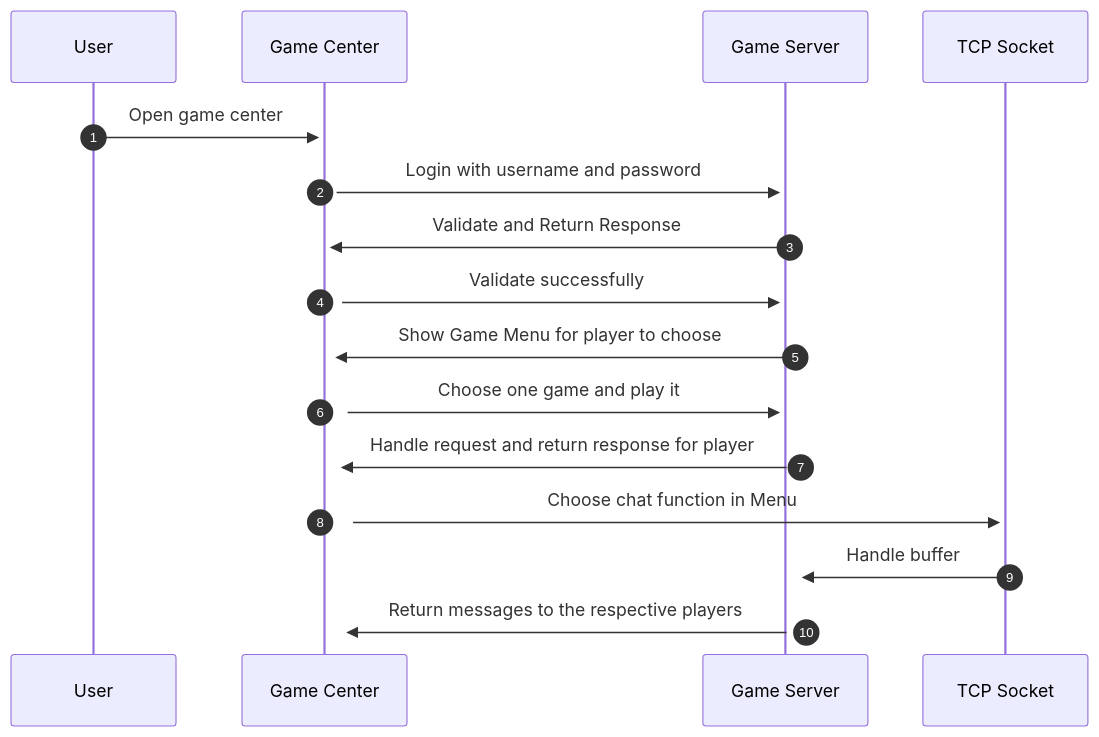
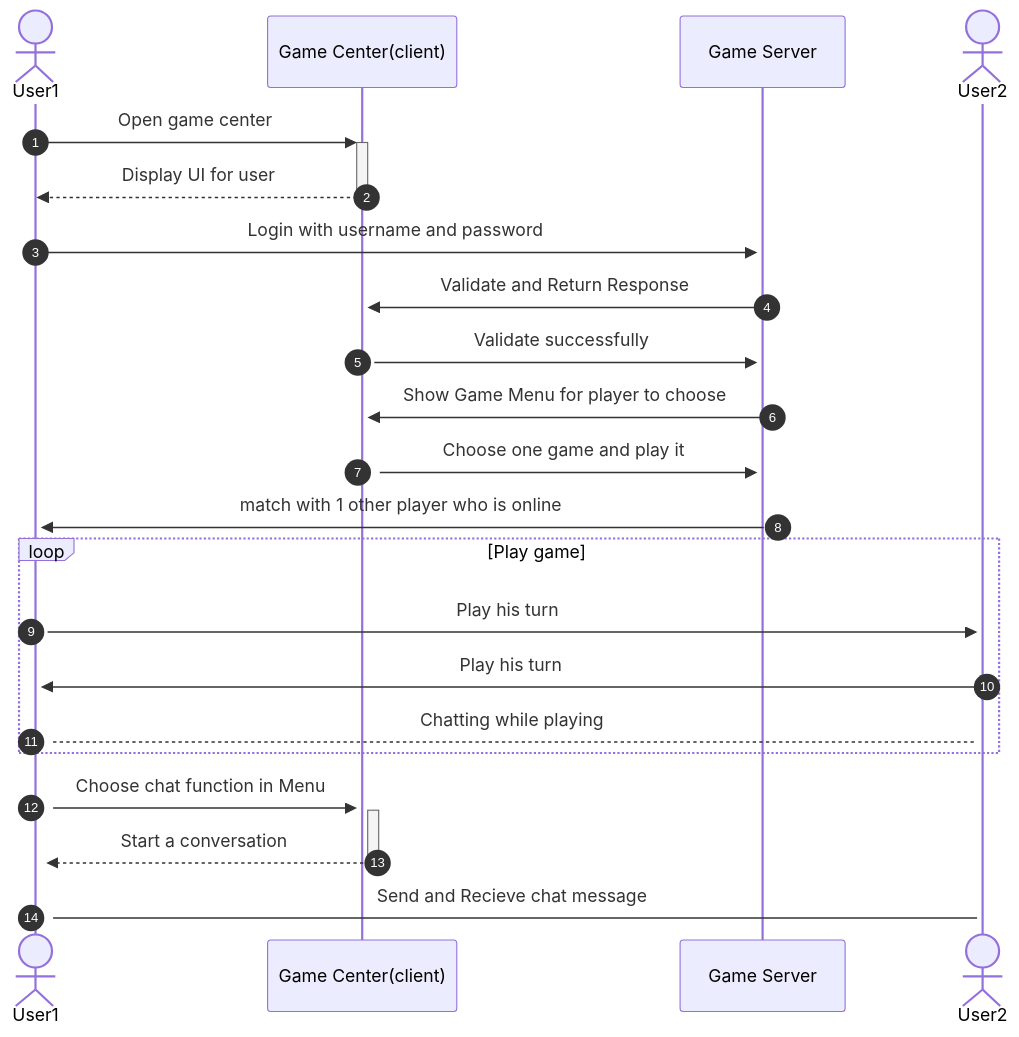
The diagram in README.md (van-dt/Network-Programing-Game_Center), drawn with Mermaid before and after one commit.

Commit message:
update sequence diagram

````diff
--- a/README.md
+++ b/README.md
@@ -5,21 +5,27 @@
 ```mermaid
 sequenceDiagram
 autonumber
+actor User1
+participant gamecenter as Game Center(client)
+participant server as Game Server
+actor User2
 
-participant user as User
-participant gamecenter as Game Center
-participant server as Game Server
-participant tcp as TCP Socket
-
-user->>+gamecenter: Open game center
-gamecenter->>+server:  Login with username and password
+User1->>+gamecenter: Open game center
+gamecenter-->>-User1: Display UI for user
+User1->>+server:  Login with username and password
 server->>+gamecenter:  Validate and Return Response
 gamecenter->>+server:  Validate successfully
 server->>+gamecenter:  Show Game Menu for player to choose
 gamecenter->>+server: Choose one game and play it
-server->>+gamecenter: Handle request and return response for player
+server->>+User1: match with 1 other player who is online
 
-gamecenter->>+tcp: Choose chat function in Menu
-tcp->>+server: Handle buffer
-server->>+gamecenter: Return messages to the respective players
+loop Play game
+User1->>+User2: Play his turn
+User2->>+User1: Play his turn
+User1-->User2: Chatting while playing
+end
+
+User1->>+gamecenter: Choose chat function in Menu
+gamecenter-->>-User1: Start a conversation
+User1->User2: Send and Recieve chat message
 ```
````
